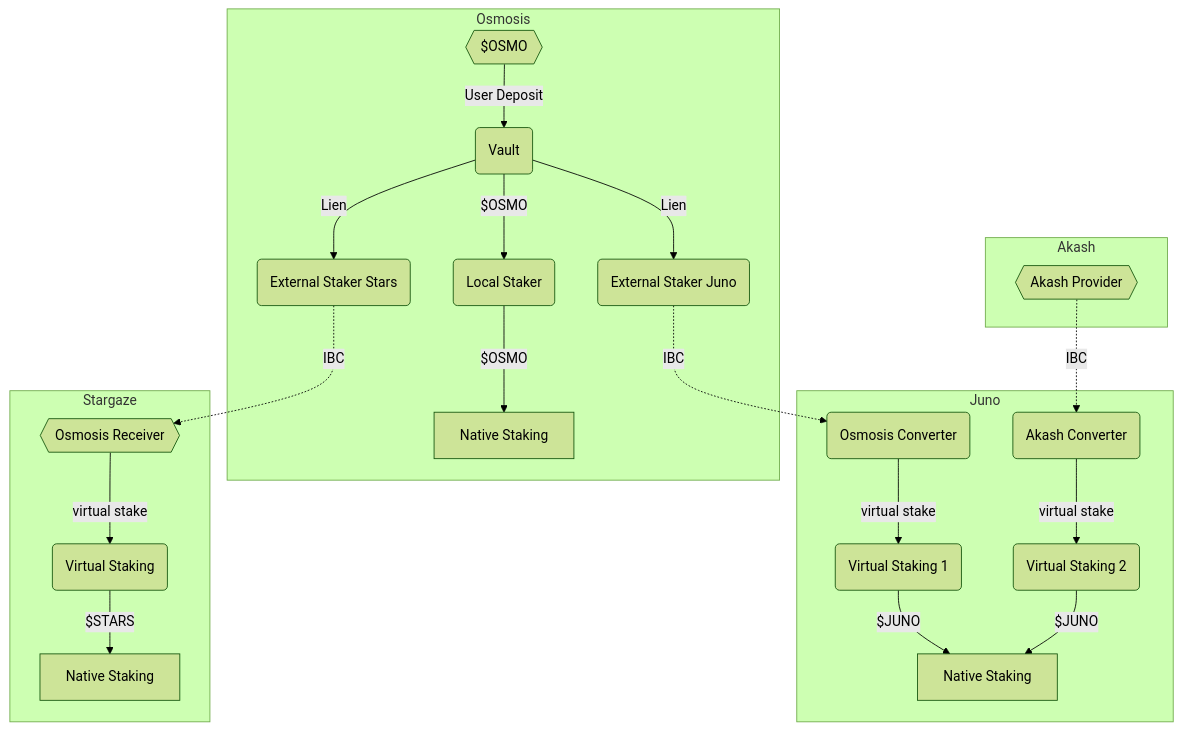
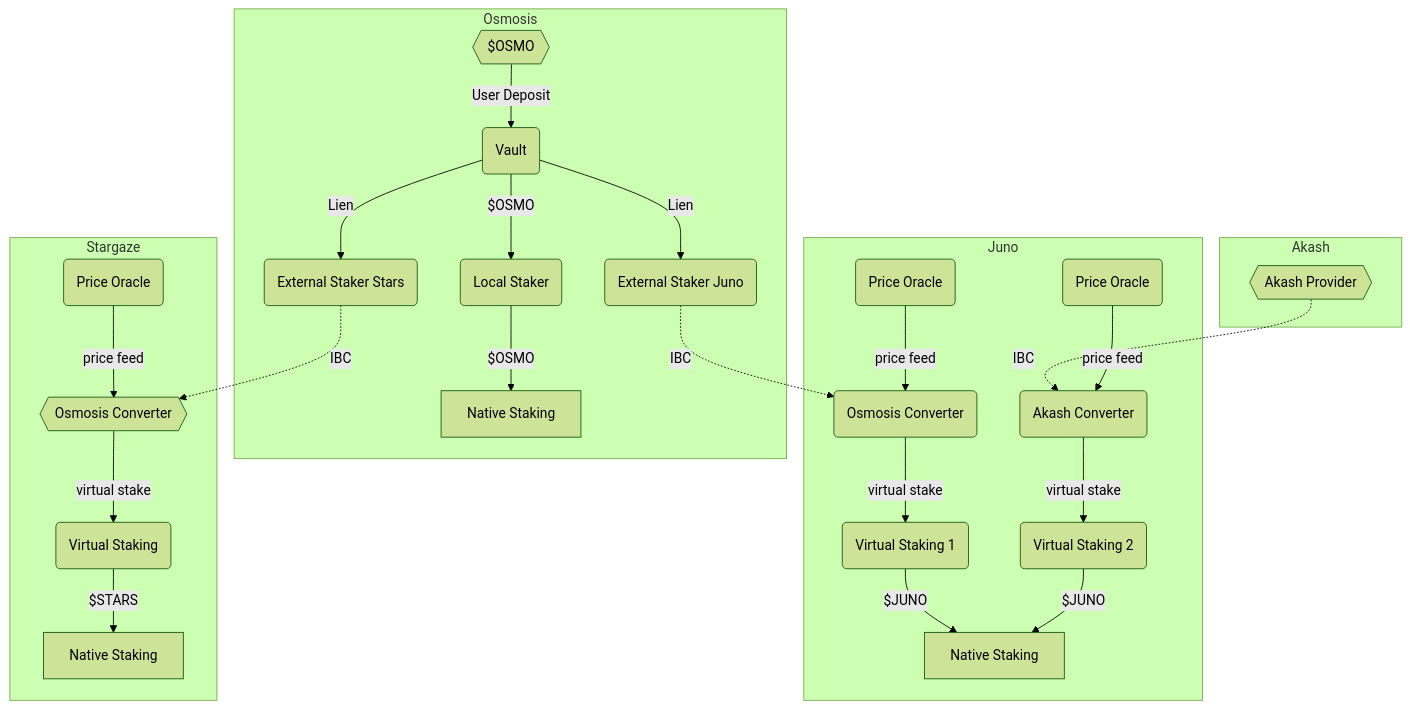
The diagram in docs/README.md (0xVov5/mesh), drawn with Mermaid before and after one commit. The commit also changed other lines of this file and 1 other file, not shown here.

Commit message:
Update top-level documentation

````diff
--- a/docs/README.md
+++ b/docs/README.md
@@ -8,33 +8,35 @@
 ```mermaid
+%%{init: {'theme': 'forest'}}%%
 flowchart TD
-  %%{init: {'theme': 'forest'}}%%
-
   subgraph Osmosis
   A{{$OSMO}} -- User Deposit --> B(Vault);
   B -- $OSMO --> C(Local Staker);
   C -- $OSMO --> D[Native Staking]
   B -- Lien --> E(External Staker Juno);
   B -- Lien --> G(External Staker Stars);
   end
 
   E -. IBC .-> M;
   H -. IBC .-> N;
 
   subgraph Akash
   H{{Akash Provider}};
   end
 
   subgraph Juno
+  I(Price Oracle) -- price feed --> M;
+  J(Price Oracle) -- price feed --> N;
+
   M(Osmosis Converter) -- virtual stake --> O(Virtual Staking 1);
   N(Akash Converter) -- virtual stake --> P(Virtual Staking 2);
   O & P -- $JUNO --> Q[Native Staking];
   end
 
-  G -. IBC .-> R;
+  G -. IBC .-> T;
 
   subgraph Stargaze
-  R{{Osmosis Receiver}} -- virtual stake --> S(Virtual Staking);
-  S -- $STARS --> T[Native Staking];
+  S(Price Oracle) -- price feed --> T;
+  T{{Osmosis Converter}} -- virtual stake --> U(Virtual Staking);
+  U -- $STARS --> V[Native Staking];
   end
-
 ```
````
